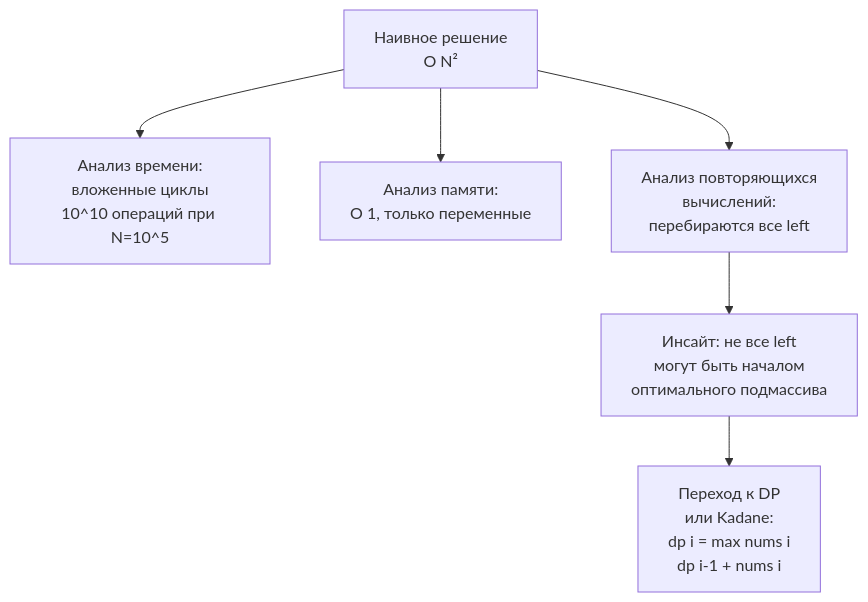
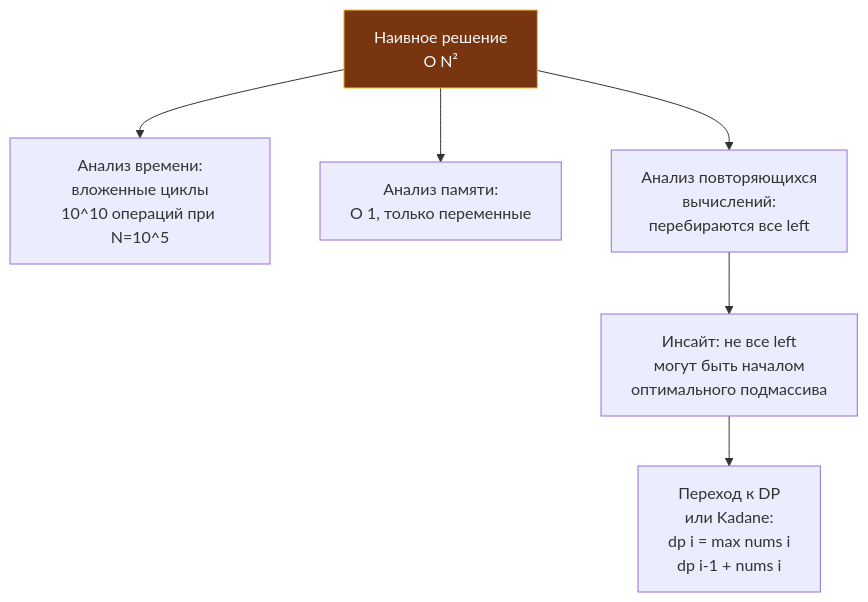
One commit to UnrealTemplier/go-textbook changed the diagram in sources/21. Задачи с LeetCode и собеседований на Go/01. Теория/15. Наивное решение и его анализ.md. Above: the diagram before and after it, drawn with Mermaid. The commit also changed 1666 other files, not shown here.

First line of the commit message:
feat(mermaid): add semantic color classDef to 1369 colorless flowchart/graph diagrams

````diff
--- a/sources/21. Задачи с LeetCode и собеседований на Go/01. Теория/15. Наивное решение и его анализ.md
+++ b/sources/21. Задачи с LeetCode и собеседований на Go/01. Теория/15. Наивное решение и его анализ.md
@@ -81,8 +81,18 @@
 ```mermaid
 flowchart TD
-    Brute["Наивное решение<br>O N²"] --> A1["Анализ времени:<br>вложенные циклы<br>10^10 операций при N=10^5"]
+    classDef process  fill:#1e293b,stroke:#38bdf8,stroke-width:1px,color:#f8fafc
+    classDef success  fill:#064e3b,stroke:#34d399,stroke-width:1px,color:#f8fafc
+    classDef error    fill:#7f1d1d,stroke:#f87171,stroke-width:1px,color:#f8fafc
+    classDef warning  fill:#78350f,stroke:#fbbf24,stroke-width:1px,color:#f8fafc
+    classDef entry    fill:#1e3a5f,stroke:#38bdf8,stroke-width:2px,color:#f8fafc
+    classDef aux      fill:#334155,stroke:#64748b,stroke-width:1px,color:#f8fafc
+    classDef system   fill:#312e81,stroke:#a78bfa,stroke-width:1px,color:#f8fafc
+    classDef data     fill:#132d29,stroke:#2dd4bf,stroke-width:1px,color:#f8fafc
+    classDef network  fill:#881337,stroke:#fb7185,stroke-width:1px,color:#f8fafc
+    classDef accent   fill:#1e1b4b,stroke:#818cf8,stroke-width:1px,color:#f8fafc
+    Brute["Наивное решение<br>O N²"]:::warning --> A1["Анализ времени:<br>вложенные циклы<br>10^10 операций при N=10^5"]
     Brute --> A2["Анализ памяти:<br>O 1, только переменные"]
     Brute --> A3["Анализ повторяющихся<br>вычислений:<br>перебираются все left"]
     A3 --> Insight["Инсайт: не все left<br>могут быть началом<br>оптимального подмассива"]
     Insight --> DP["Переход к DP<br>или Kadane:<br>dp i = max nums i<br>dp i-1 + nums i"]
 ```
````
